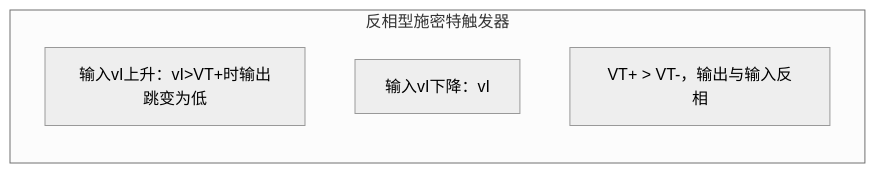
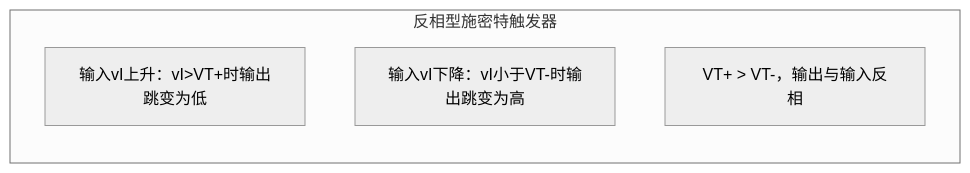
Before and after one commit to LiuandXu/digital-electronics-wiki: the first of 2 diagrams in docs/ch06/6-2.md, drawn with Mermaid (neutral theme). The commit also changed 30 other files, not shown here.

Commit message:
fix: mermaid double-init syntax errors and escape < in labels

````diff
--- a/docs/ch06/6-2.md
+++ b/docs/ch06/6-2.md
@@ -20,9 +20,9 @@
 ```mermaid
 graph LR
     subgraph "反相型施密特触发器"
         direction TB
         A["输入vI上升：vI>VT+时输出跳变为低"]
-        B["输入vI下降：vI<VT-时输出跳变为高"]
+        B["输入vI下降：vI小于VT-时输出跳变为高"]
         C["VT+ > VT-，输出与输入反相"]
     end
 ```
````
